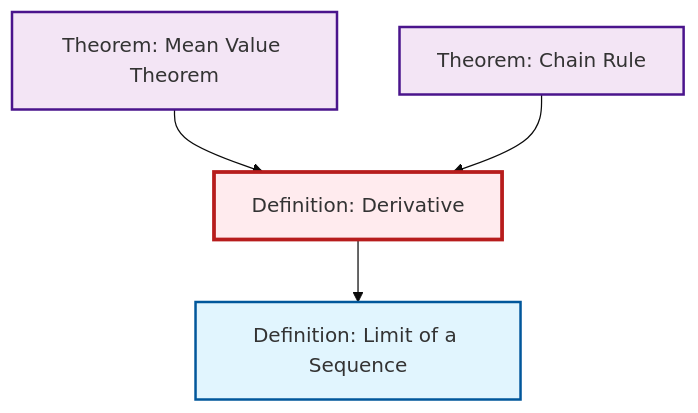
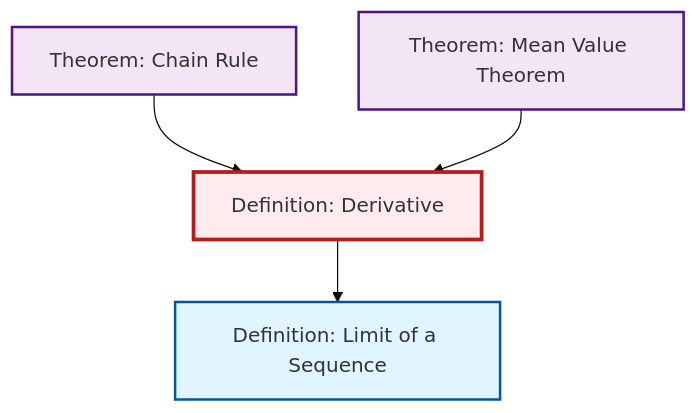
One commit to RK0429/ModernMath changed the second of 2 diagrams in content/en/analysis/def-derivative.qmd. Above: the diagram before and after it, drawn with Mermaid (base theme). The commit also changed other lines of this file and 491 other files, not shown here.

First line of the commit message:
feat: Add Central Limit Theorem article with comprehensive cross-references

````diff
--- a/content/en/analysis/def-derivative.qmd
+++ b/content/en/analysis/def-derivative.qmd
@@ -82,20 +82,20 @@
 ```{mermaid}
 %%| fig-cap: "Local dependency graph"
 graph TD
     classDef definition fill:#e1f5fe,stroke:#01579b,stroke-width:2px
     classDef theorem fill:#f3e5f5,stroke:#4a148c,stroke-width:2px
     classDef axiom fill:#fff3e0,stroke:#e65100,stroke-width:2px
     classDef example fill:#e8f5e9,stroke:#1b5e20,stroke-width:2px
     classDef current fill:#ffebee,stroke:#b71c1c,stroke-width:3px
+    thm-chain-rule["Theorem: Chain Rule"]:::theorem
     thm-mean-value["Theorem: Mean Value Theorem"]:::theorem
-    thm-chain-rule["Theorem: Chain Rule"]:::theorem
     def-derivative["Definition: Derivative"]:::definition
     def-limit["Definition: Limit of a Sequence"]:::definition
+    thm-chain-rule --> def-derivative
+    def-derivative --> def-limit
     thm-mean-value --> def-derivative
-    def-derivative --> def-limit
-    thm-chain-rule --> def-derivative
     class def-derivative current
+    click thm-chain-rule "thm-chain-rule.html" "Go to Chain Rule theorem"
     click thm-mean-value "thm-mean-value.html" "Go to Mean Value Theorem theorem"
-    click thm-chain-rule "thm-chain-rule.html" "Go to Chain Rule theorem"
     click def-limit "def-limit.html" "Go to Limit of a Sequence definition"
 ```
````
